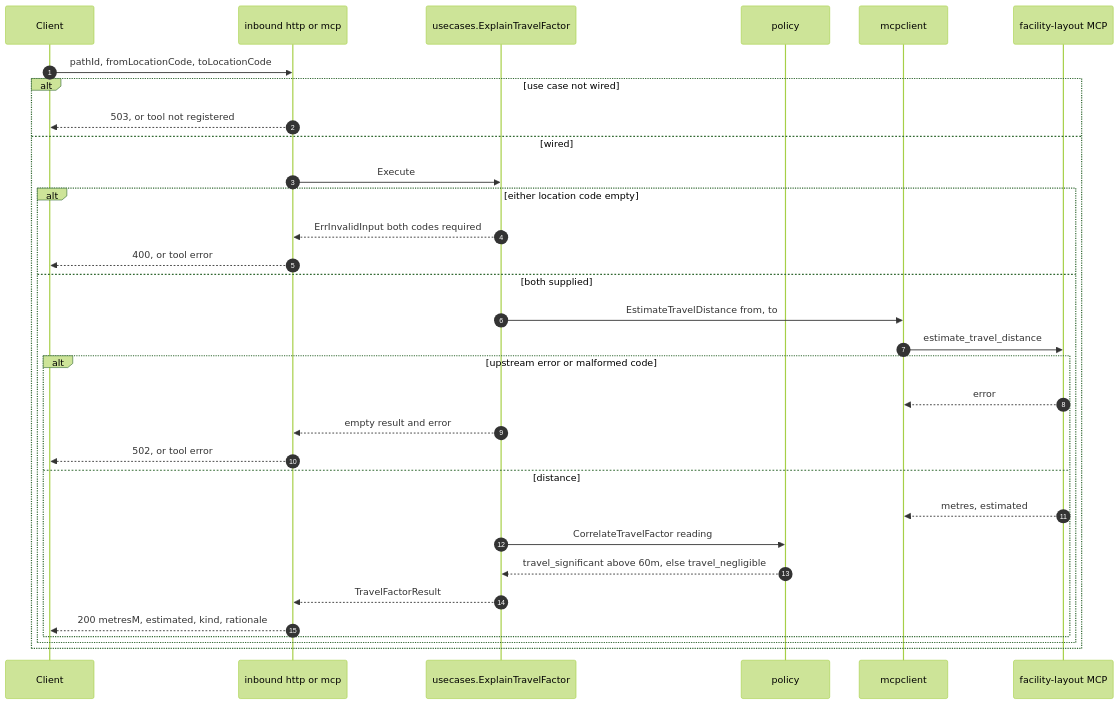
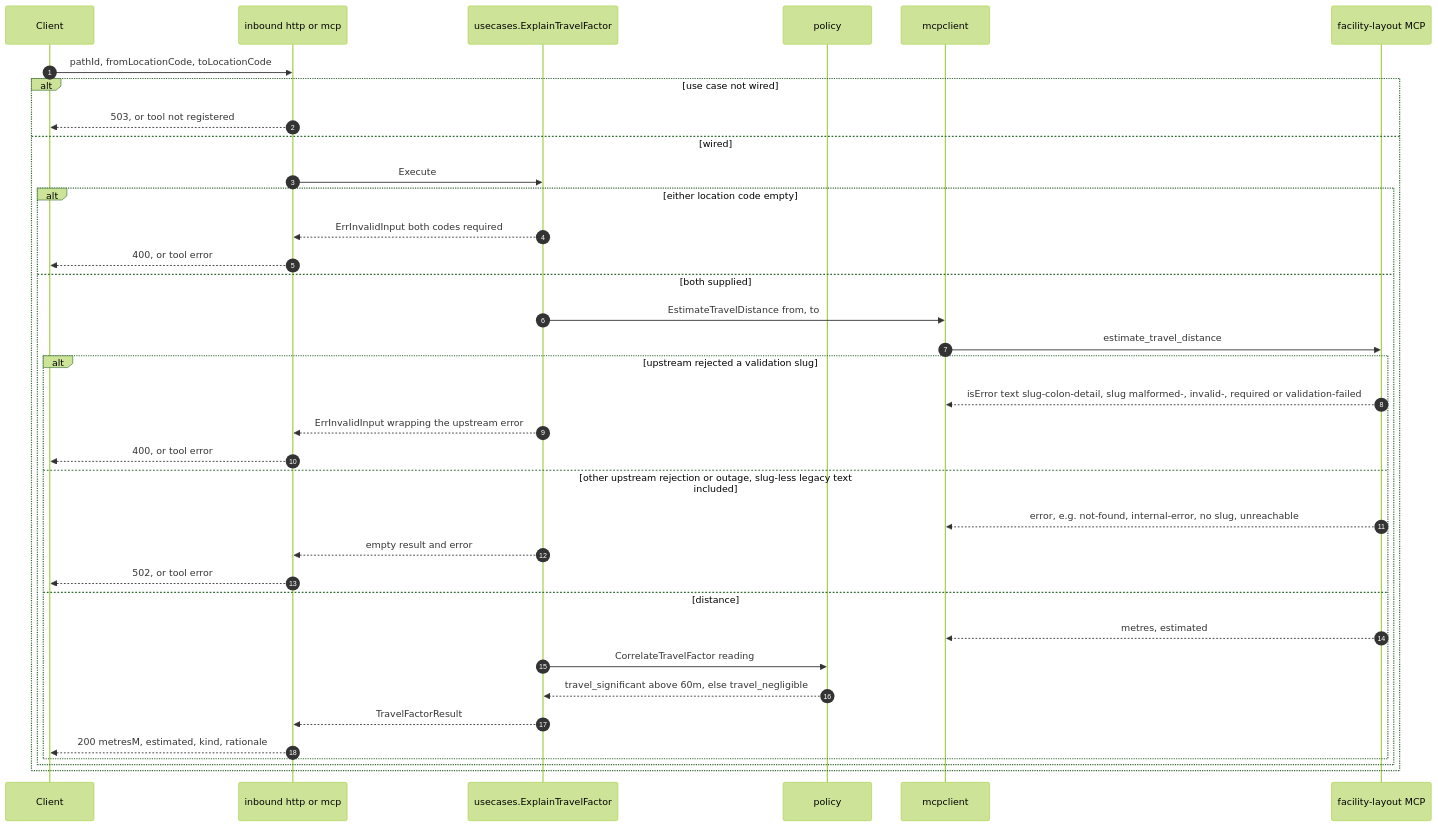
Before and after one commit to IQVO/warehouse-docs: the third of 7 diagrams in docs/contexts/warehouse-ops-agent/sequence-diagrams.md, drawn with Mermaid (forest theme). The commit also changed other lines of this file and 318 other files, not shown here.

````diff
--- a/docs/contexts/warehouse-ops-agent/sequence-diagrams.md
+++ b/docs/contexts/warehouse-ops-agent/sequence-diagrams.md
@@ -140,34 +140,38 @@
 ```mermaid
 sequenceDiagram
     autonumber
     participant C as Client
     participant IN as inbound http or mcp
     participant UC as usecases.ExplainTravelFactor
     participant P as policy
     participant MC as mcpclient
     participant FL as facility-layout MCP
     C->>IN: pathId, fromLocationCode, toLocationCode
     alt use case not wired
         IN-->>C: 503, or tool not registered
     else wired
         IN->>UC: Execute
         alt either location code empty
             UC-->>IN: ErrInvalidInput both codes required
             IN-->>C: 400, or tool error
         else both supplied
             UC->>MC: EstimateTravelDistance from, to
             MC->>FL: estimate_travel_distance
-            alt upstream error or malformed code
-                FL-->>MC: error
+            alt upstream rejected a validation slug
+                FL-->>MC: isError text slug-colon-detail, slug malformed-, invalid-, required or validation-failed
+                UC-->>IN: ErrInvalidInput wrapping the upstream error
+                IN-->>C: 400, or tool error
+            else other upstream rejection or outage, slug-less legacy text included
+                FL-->>MC: error, e.g. not-found, internal-error, no slug, unreachable
                 UC-->>IN: empty result and error
                 IN-->>C: 502, or tool error
             else distance
                 FL-->>MC: metres, estimated
                 UC->>P: CorrelateTravelFactor reading
                 P-->>UC: travel_significant above 60m, else travel_negligible
                 UC-->>IN: TravelFactorResult
                 IN-->>C: 200 metresM, estimated, kind, rationale
             end
         end
     end
 ```
````
